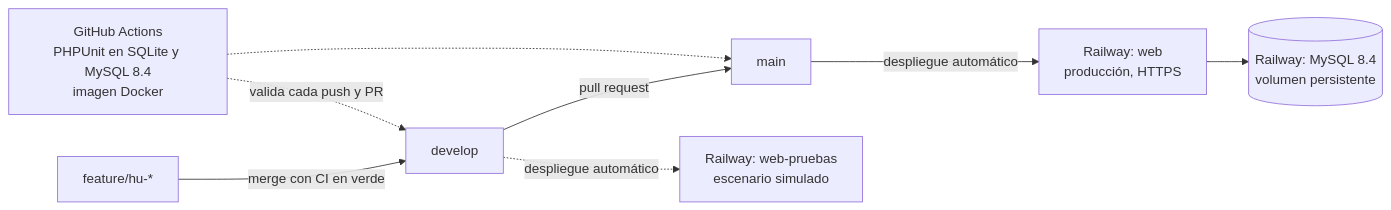
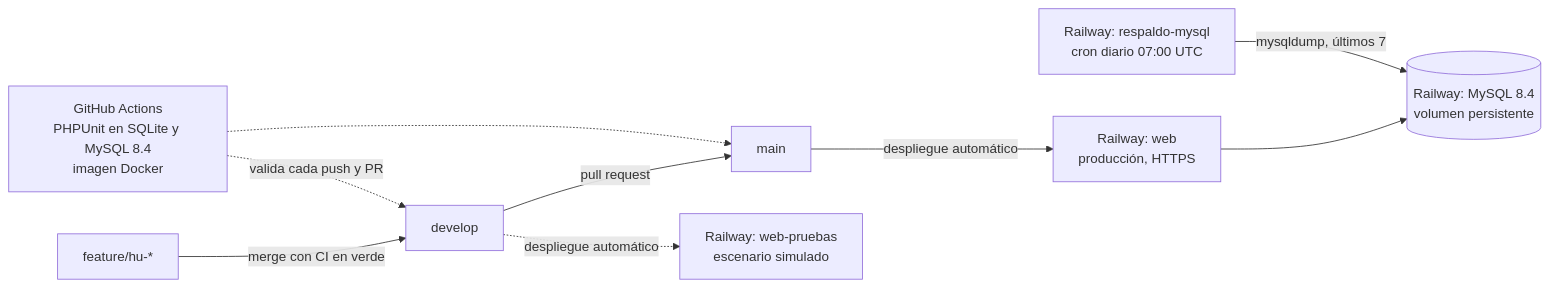
The second of 2 diagrams in README.md (claudio4ndres/inventario-el-portal), drawn with Mermaid before and after one commit. The commit also changed other lines of this file and 2 other files, not shown here.

First line of the commit message:
chore(infra): configuración de Railway en los servicios y fuera del repositorio

````diff
--- a/README.md
+++ b/README.md
@@ -82,10 +82,11 @@
 ```mermaid
 flowchart LR
     F["feature/hu-*"] -->|merge con CI en verde| D["develop"]
     D -->|pull request| MA["main"]
     D -.->|despliegue automático| WP["Railway: web-pruebas<br/>escenario simulado"]
     MA -->|despliegue automático| W["Railway: web<br/>producción, HTTPS"]
     W --> DB[("Railway: MySQL 8.4<br/>volumen persistente")]
+    R["Railway: respaldo-mysql<br/>cron diario 07:00 UTC"] -->|mysqldump, últimos 7| DB
     GA["GitHub Actions<br/>PHPUnit en SQLite y MySQL 8.4<br/>imagen Docker"] -.->|valida cada push y PR| D
     GA -.-> MA
 ```
````
